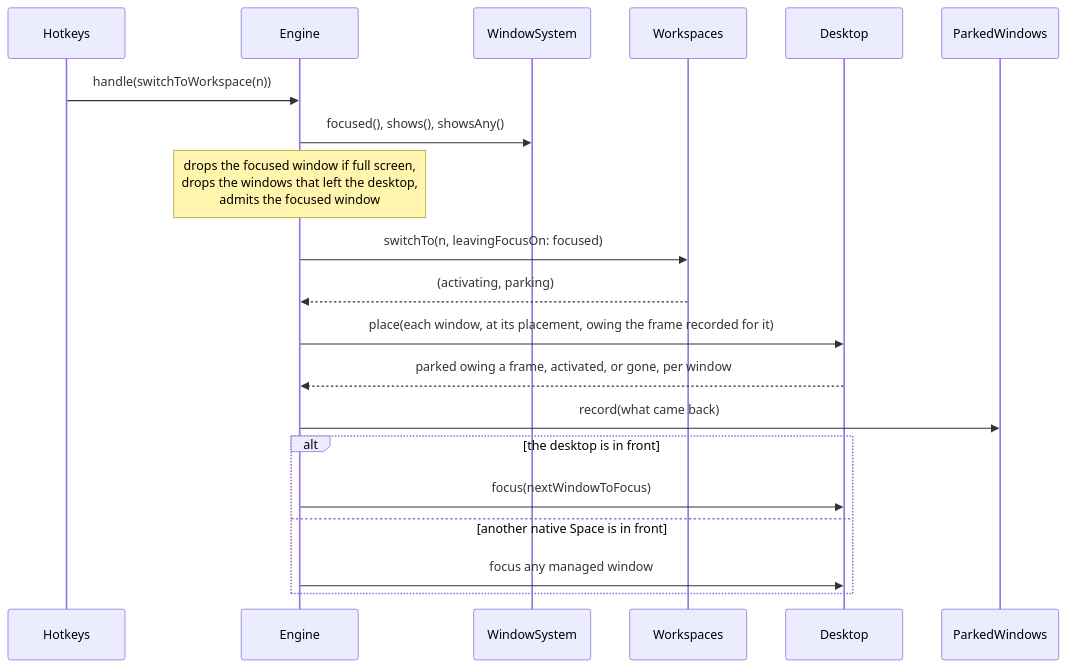
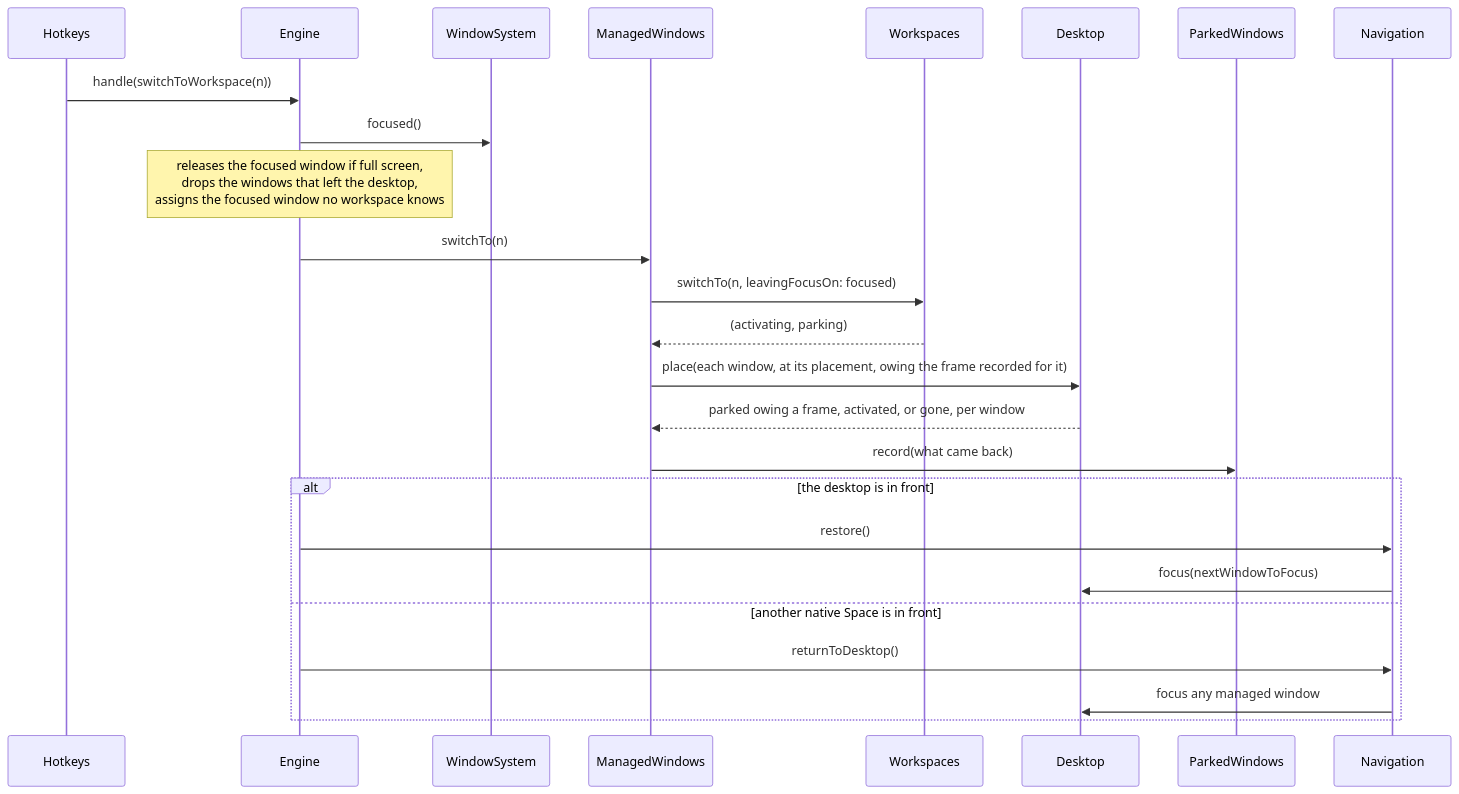
One commit to brennovich/ottowm changed the eighth of 18 diagrams in ARCHITECTURE.md. Above: the diagram before and after it, drawn with Mermaid. The commit also changed other lines of this file and 23 other files, not shown here.

````diff
--- a/ARCHITECTURE.md
+++ b/ARCHITECTURE.md
@@ -205,16 +222,19 @@
 ```mermaid
 sequenceDiagram
     Hotkeys->>Engine: handle(switchToWorkspace(n))
-    Engine->>WindowSystem: focused(), shows(), showsAny()
-    Note over Engine: drops the focused window if full screen,<br/>drops the windows that left the desktop,<br/>admits the focused window
-    Engine->>Workspaces: switchTo(n, leavingFocusOn: focused)
-    Workspaces-->>Engine: (activating, parking)
-    Engine->>Desktop: place(each window, at its placement, owing the frame recorded for it)
-    Desktop-->>Engine: parked owing a frame, activated, or gone, per window
-    Engine->>ParkedWindows: record(what came back)
+    Engine->>WindowSystem: focused()
+    Note over Engine: releases the focused window if full screen,<br/>drops the windows that left the desktop,<br/>assigns the focused window no workspace knows
+    Engine->>ManagedWindows: switchTo(n)
+    ManagedWindows->>Workspaces: switchTo(n, leavingFocusOn: focused)
+    Workspaces-->>ManagedWindows: (activating, parking)
+    ManagedWindows->>Desktop: place(each window, at its placement, owing the frame recorded for it)
+    Desktop-->>ManagedWindows: parked owing a frame, activated, or gone, per window
+    ManagedWindows->>ParkedWindows: record(what came back)
     alt the desktop is in front
-        Engine->>Desktop: focus(nextWindowToFocus)
+        Engine->>Navigation: restore()
+        Navigation->>Desktop: focus(nextWindowToFocus)
     else another native Space is in front
-        Engine->>Desktop: focus any managed window
+        Engine->>Navigation: returnToDesktop()
+        Navigation->>Desktop: focus any managed window
     end
 ```
````
